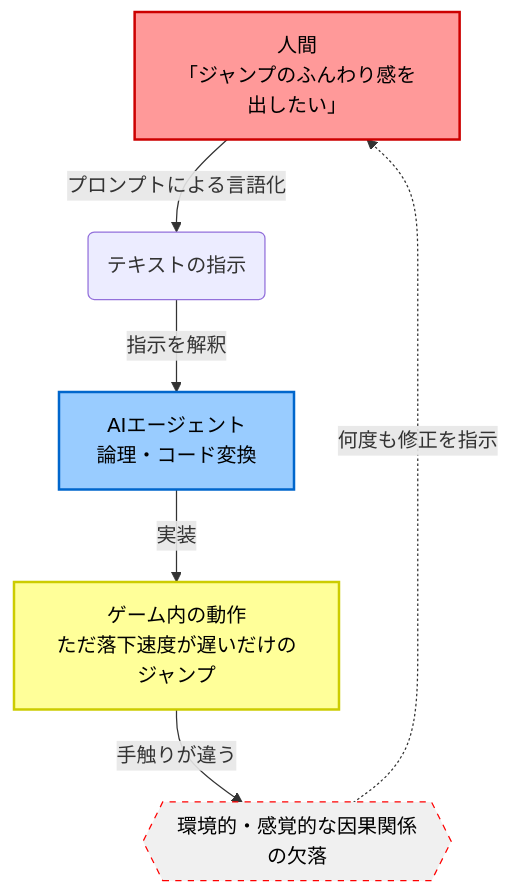
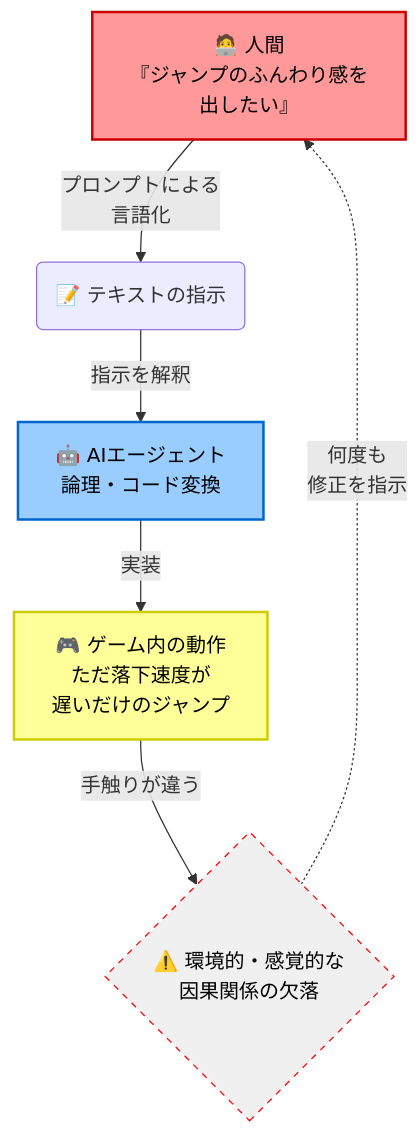
Before and after one commit to HarukiMitsui/Clio: the first of 2 diagrams in articles/utopia-post-mortem.md, drawn with Mermaid. The commit also changed other lines of this file and 6 other files, not shown here.

````diff
--- a/articles/utopia-post-mortem.md
+++ b/articles/utopia-post-mortem.md
@@ -26,13 +29,13 @@
 ```mermaid
 flowchart TD
     classDef human fill:#ff9999,stroke:#cc0000,stroke-width:2px,color:#000
     classDef ai fill:#99ccff,stroke:#0066cc,stroke-width:2px,color:#000
     classDef output fill:#ffff99,stroke:#cccc00,stroke-width:2px,color:#000
     classDef error fill:#f0f0f0,stroke:#ff0000,stroke-dasharray: 5 5,color:#000
 
-    H[人間<br/>「ジャンプのふんわり感を出したい」]:::human -->|プロンプトによる言語化| P(テキストの指示)
-    P -->|指示を解釈| A[AIエージェント<br/>論理・コード変換]:::ai
-    A -->|実装| O[ゲーム内の動作<br/>ただ落下速度が遅いだけのジャンプ]:::output
-    O -->|手触りが違う| E{{環境的・感覚的な因果関係の欠落}}:::error
-    E -.->|何度も修正を指示| H
+    H["🧑‍💻 人間<br/>『ジャンプのふんわり感を<br/>出したい』"]:::human -->|プロンプトによる<br/>言語化| P("📝 テキストの指示")
+    P -->|指示を解釈| A["🤖 AIエージェント<br/>論理・コード変換"]:::ai
+    A -->|実装| O["🎮 ゲーム内の動作<br/>ただ落下速度が<br/>遅いだけのジャンプ"]:::output
+    O -->|手触りが違う| E{"⚠️ 環境的・感覚的な<br/>因果関係の欠落"}:::error
+    E -.->|何度も<br/>修正を指示| H
 ```
````
